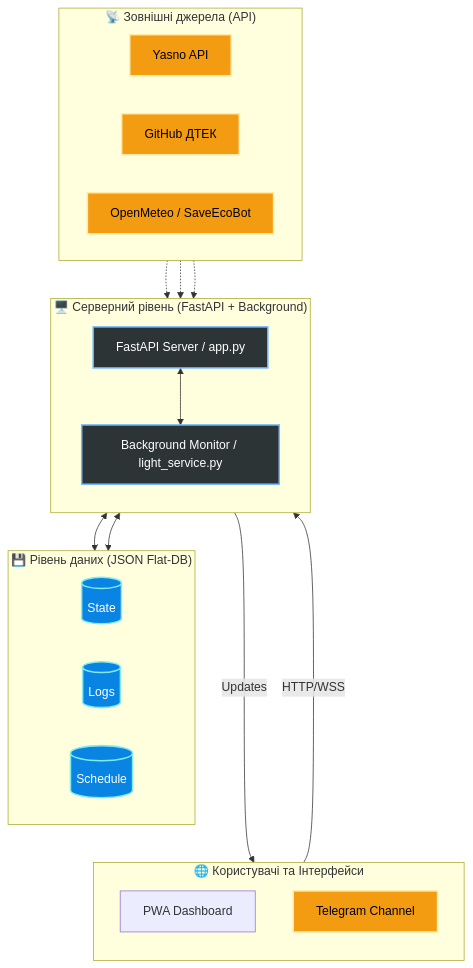
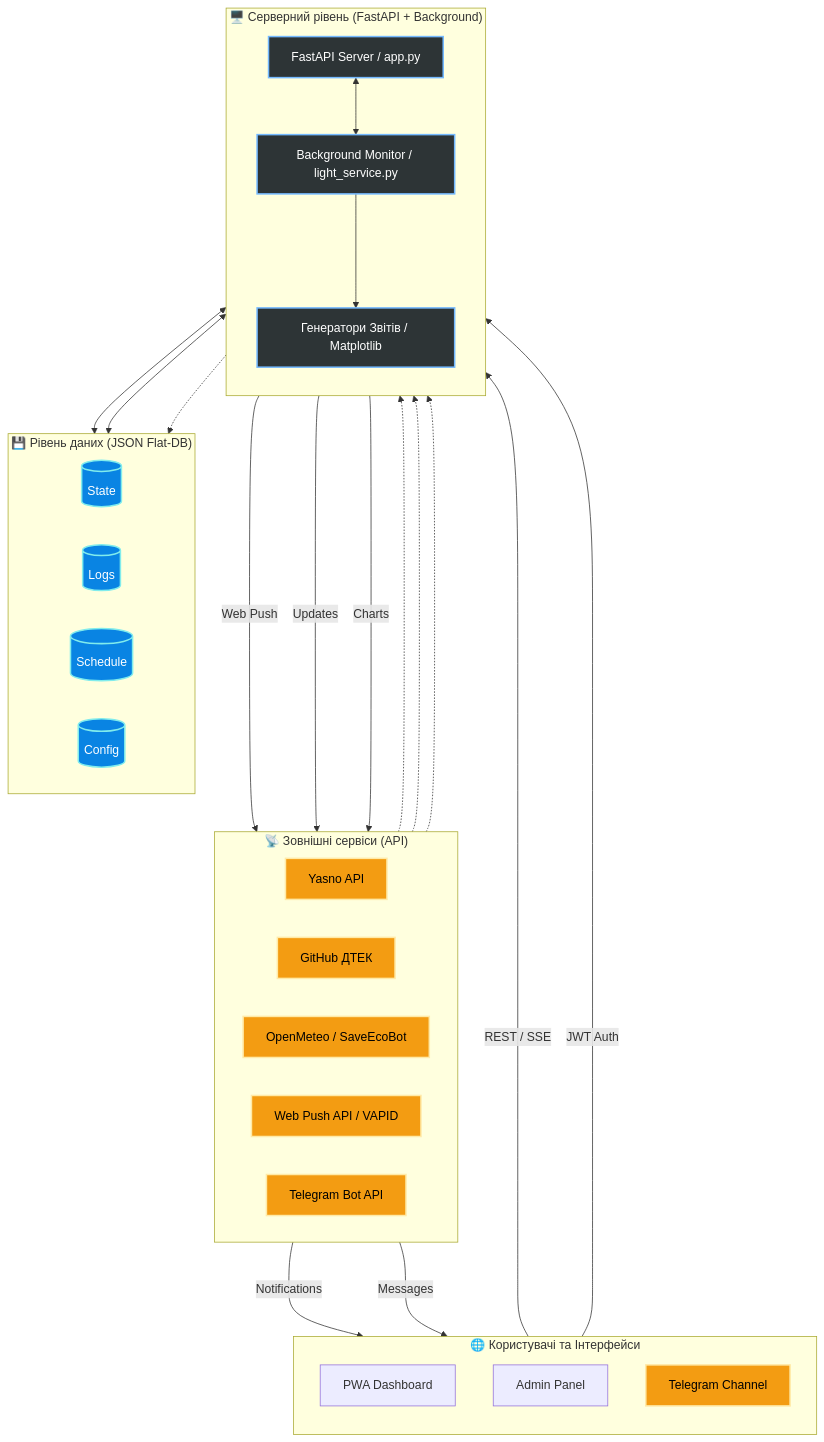
Before and after one commit to weby-homelab/flash-monitor-kyiv: the diagram in README.md, drawn with Mermaid. The commit also changed 1 other file, not shown here.

Commit message:
Docs: Update Mermaid diagrams with Admin Panel, Push API, and Web Services

````diff
--- a/README.md
+++ b/README.md
@@ -90,51 +90,64 @@
 ```mermaid
 graph TD
     %% -- Styles --
     classDef external fill:#f39c12,stroke:#ffeaa7,stroke-width:2px,color:#000
     classDef layer fill:#2d3436,stroke:#74b9ff,stroke-width:2px,color:#fff
     classDef data fill:#0984e3,stroke:#81ecec,stroke-width:2px,color:#fff
-    classDef logic fill:#2d3436,stroke:#7b1fa2,stroke-width:2px,color:#fff
 
     subgraph Users ["🌐 Користувачі та Інтерфейси"]
         direction TB
         WEB[PWA Dashboard]
+        ADMIN[Admin Panel]
         TG[Telegram Channel]
+    end
+
+    subgraph External ["📡 Зовнішні сервіси (API)"]
+        direction LR
+        YASNO[Yasno API]
+        DTEK[GitHub ДТЕК]
+        METEO[OpenMeteo / SaveEcoBot]
+        PUSH[Web Push API / VAPID]
+        BOT[Telegram Bot API]
     end
 
     subgraph App ["🖥️ Серверний рівень (FastAPI + Background)"]
         direction TB
         API[FastAPI Server / app.py]
         LMN[Background Monitor / light_service.py]
+        REP[Генератори Звітів / Matplotlib]
         
         API <--> LMN
+        LMN ---> REP
     end
 
     subgraph Data ["💾 Рівень даних (JSON Flat-DB)"]
         direction LR
         STATE[(State)]
         LOGS[(Logs)]
         SCHED[(Schedule)]
-    end
-
-    subgraph External ["📡 Зовнішні джерела (API)"]
-        direction LR
-        YASNO[Yasno API]
-        DTEK[GitHub ДТЕК]
-        METEO[OpenMeteo / SaveEcoBot]
+        CFG[(Config)]
     end
 
     %% Connections
-    WEB --->|HTTP/WSS| API
-    LMN --->|Updates| TG
+    WEB --->|REST / SSE| API
+    ADMIN --->|JWT Auth| API
+    
+    API --->|Web Push| PUSH
+    PUSH --->|Notifications| WEB
+    
+    LMN --->|Updates| BOT
+    REP --->|Charts| BOT
+    BOT --->|Messages| TG
     
     YASNO -.-> LMN
     DTEK -.-> LMN
     METEO -.-> API
     
     API <--> Data
     LMN <--> Data
+    REP -.-> Data
 
-    class TG,YASNO,DTEK,METEO external
-    class API,LMN layer
-    class STATE,LOGS,SCHED data
+    class TG,YASNO,DTEK,METEO,PUSH,BOT external
+    class API,LMN,REP layer
+    class STATE,LOGS,SCHED,CFG data
 ```
````
